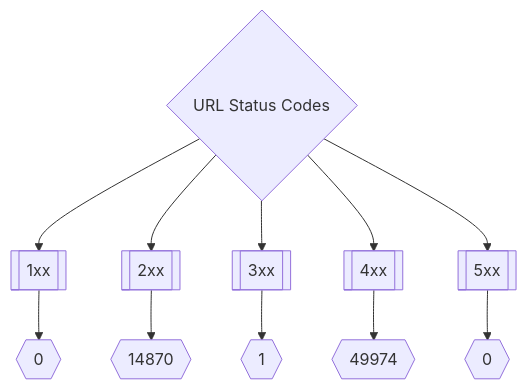
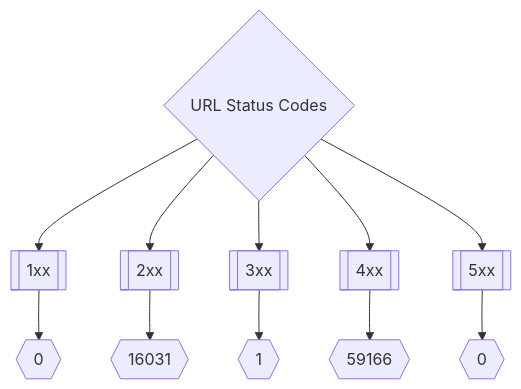
The second of 3 diagrams in README.md (trickest/inventory), drawn with Mermaid before and after one commit. The commit also changed other lines of this file, not shown here.

Commit message:
Update Thu Mar 10 01:32:00 UTC 2022

````diff
--- a/README.md
+++ b/README.md
@@ -173,8 +173,8 @@
 ```mermaid
 graph TD
 title{URL Status Codes} --> 1xx[[1xx]] --> status1xxNum{{0}}
-title --> 2xx[[2xx]] --> status2xxNum{{14870}}
+title --> 2xx[[2xx]] --> status2xxNum{{16031}}
 title --> 3xx[[3xx]] --> status3xxNum{{1}}
-title --> 4xx[[4xx]] --> status4xxNum{{49974}}
+title --> 4xx[[4xx]] --> status4xxNum{{59166}}
 title --> 5xx[[5xx]] --> status5xxNum{{0}}
 ```
````
